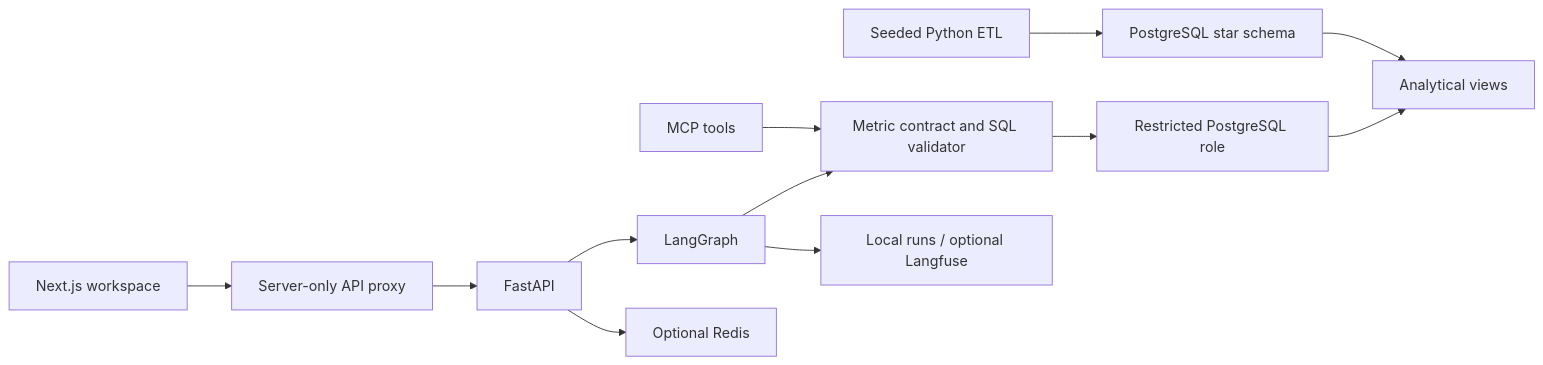
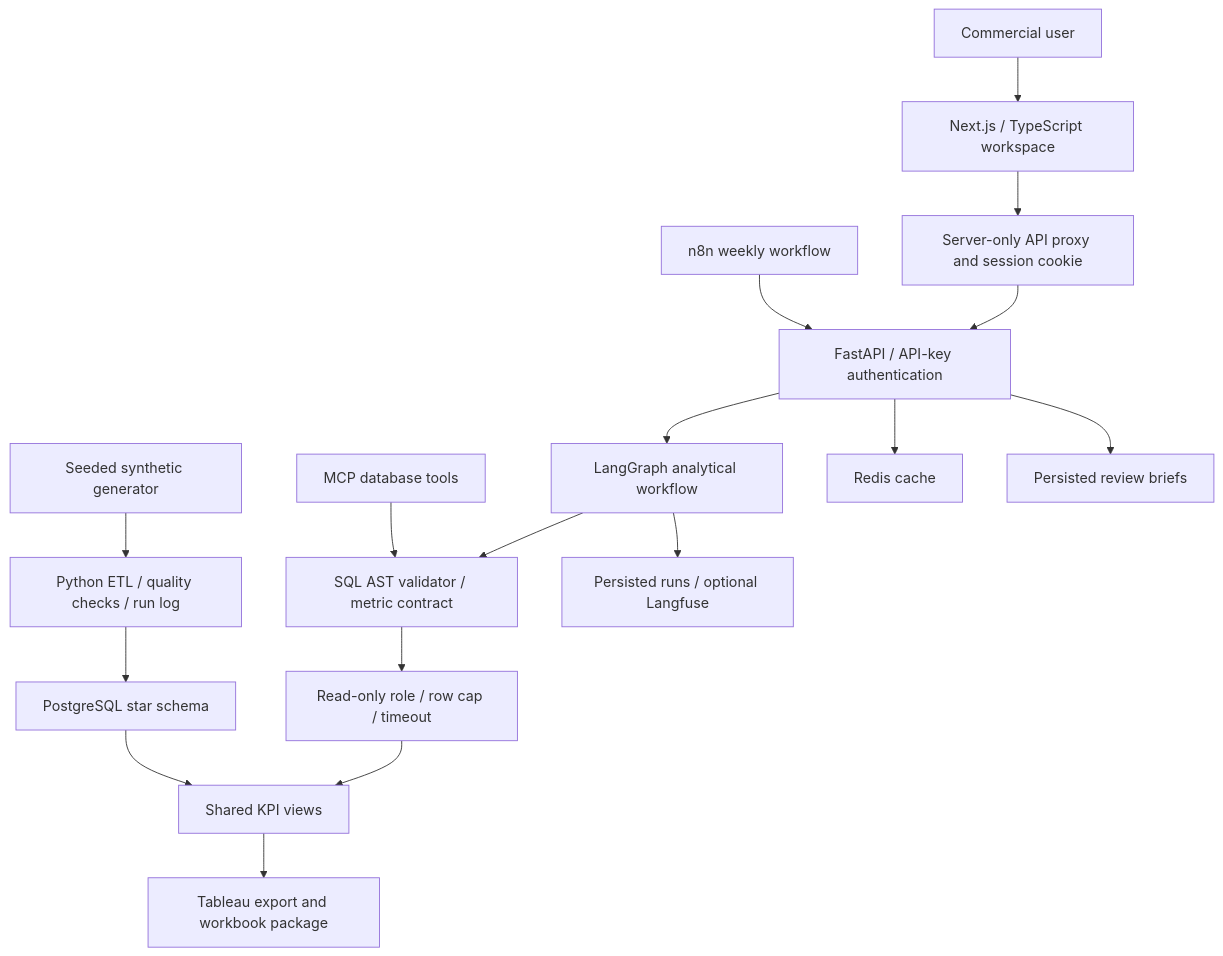
Before and after one commit to rajatmurhe/atlas-commercial-intelligence: the diagram in README.md, drawn with Mermaid. The commit also changed other lines of this file and 7 other files, not shown here.

````diff
--- a/README.md
+++ b/README.md
@@ -66,14 +52,19 @@
 ```mermaid
-flowchart LR
-  UI[Next.js workspace] --> Proxy[Server-only API proxy]
-  Proxy --> API[FastAPI]
-  API --> Graph[LangGraph]
-  Graph --> Contract[Metric contract and SQL validator]
-  MCP[MCP tools] --> Contract
-  Contract --> Reader[Restricted PostgreSQL role]
-  Reader --> Views[Analytical views]
-  ETL[Seeded Python ETL] --> Star[PostgreSQL star schema]
+flowchart TD
+  User[Commercial user] --> Web[Next.js / TypeScript workspace]
+  Web --> Proxy[Server-only API proxy and session cookie]
+  Proxy --> API[FastAPI / API-key authentication]
+  API --> Graph[LangGraph analytical workflow]
+  Graph --> Validator[SQL AST validator / metric contract]
+  MCP[MCP database tools] --> Validator
+  Validator --> Reader[Read-only role / row cap / timeout]
+  Reader --> Views[Shared KPI views]
+  Seed[Seeded synthetic generator] --> ETL[Python ETL / quality checks / run log]
+  ETL --> Star[PostgreSQL star schema]
   Star --> Views
-  API --> Cache[Optional Redis]
-  Graph --> Trace[Local runs / optional Langfuse]
+  Views --> BI[Tableau export and workbook package]
+  API --> Redis[Redis cache]
+  Graph --> Runs[Persisted runs / optional Langfuse]
+  Schedule[n8n weekly workflow] --> API
+  API --> Briefs[Persisted review briefs]
 ```
````
